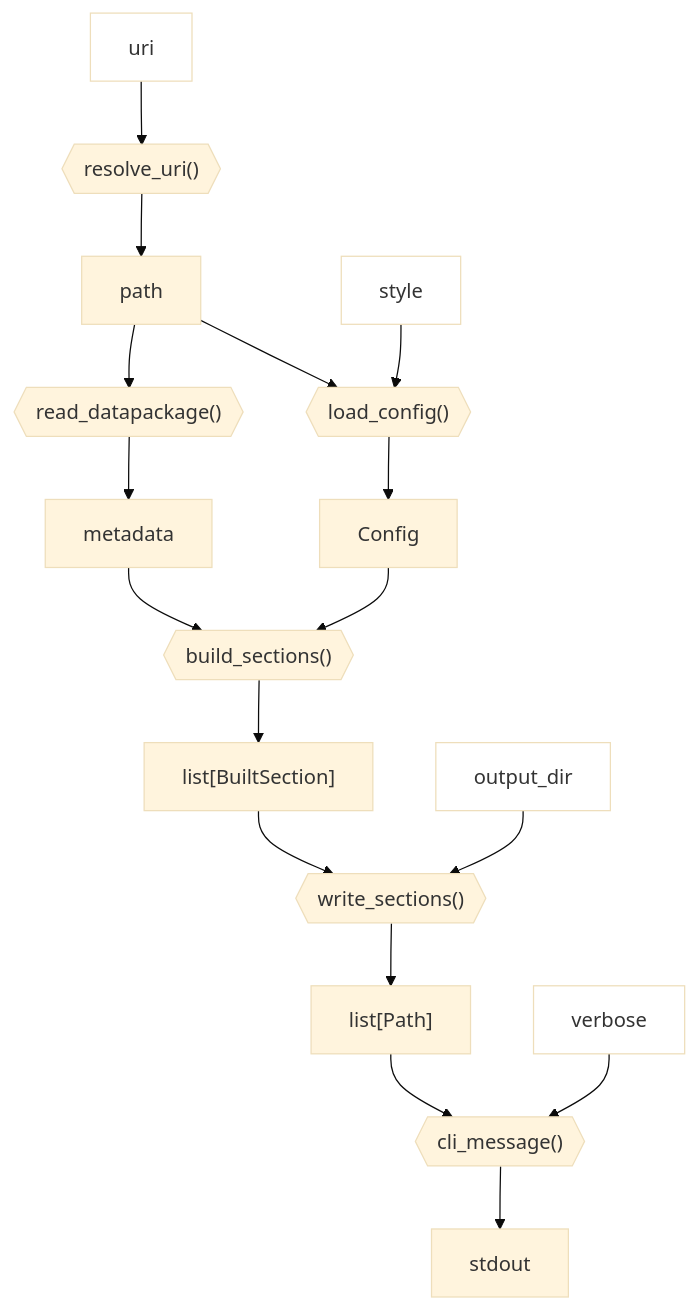
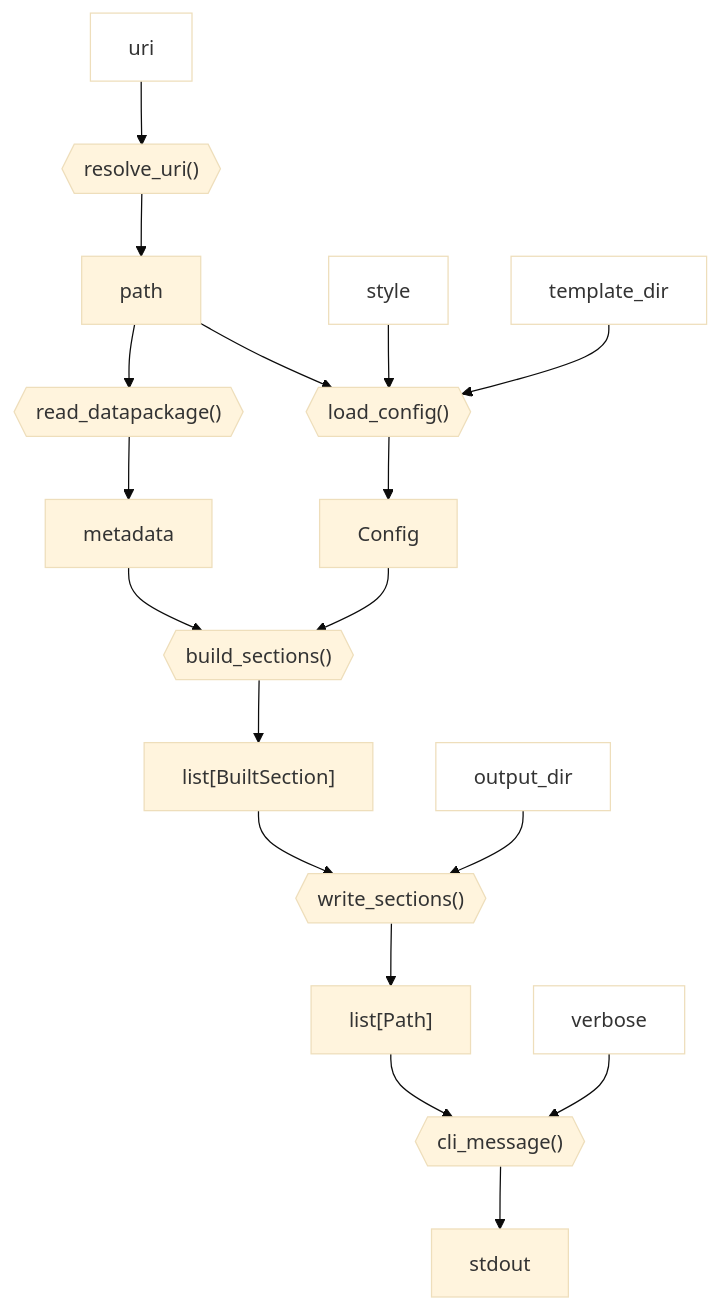
Before and after one commit to seedcase-project/seedcase-flower: the diagram in docs/design/interface/python.qmd, drawn with Mermaid (base theme). The commit also changed other lines of this file and 3 other files, not shown here.

````diff
--- a/docs/design/interface/python.qmd
+++ b/docs/design/interface/python.qmd
@@ -57,17 +61,18 @@
 ```{mermaid}
 %%| label: fig-python-build-flow
 %%| fig-cap: "Diagram of the internal flow of functions and objects in the `build()` CLI function."
 flowchart TD
     uri:::input --> resolve_uri{{"resolve_uri()"}} --> path
     path --> load_config{{"load_config()"}} --> Config
     style_cfg[style]:::input --> load_config
+    template_dir_cfg[template_dir]:::input --> load_config
     path --> read_dp{{"read_datapackage()"}} --> metadata
     metadata & Config --> build_sections{{"build_sections()"}} --> output["list[BuiltSection]"]
     output --> write_sections{{"write_sections()"}}
     output_dir:::input --> write_sections
     write_sections --> files["list[Path]"]
     files --> cli_message{{"cli_message()"}} --> stdout
     verbose:::input --> cli_message
 
     classDef input fill:#FFF
 ```
````
